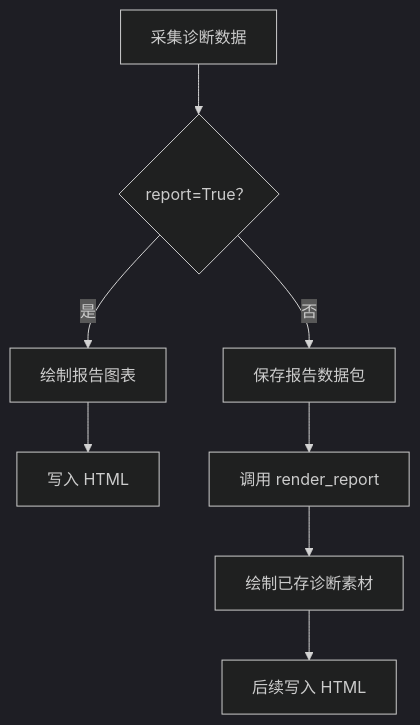
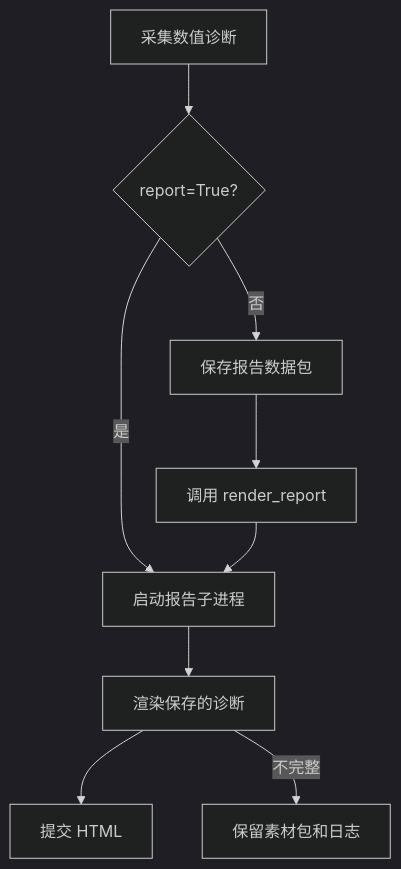
One commit to LeiGuo0812/eegproc changed diagram 11 of 13 in docs/zh-CN/workflow.md. Above: the diagram before and after it, drawn with Mermaid (dark theme). The commit also changed other lines of this file and 39 other files, not shown here.

````diff
--- a/docs/zh-CN/workflow.md
+++ b/docs/zh-CN/workflow.md
@@ -302,12 +302,13 @@
 ```mermaid
 flowchart TB
-    accTitle: 即时与延迟报告交付
-    accDescr: 采集有限诊断素材后，立即绘制 HTML 或保存一个数据包以便后续生成。
-    collect_data["采集诊断数据"] --> report_enabled{"report=True？"}
-    report_enabled -->|是| draw_now["绘制报告图表"]
-    draw_now --> html_now["写入 HTML"]
+    accTitle: 隔离的即时与延迟报告
+    accDescr: 先采集数值诊断，在全新子进程中即时或后续渲染，报告不完整时保留恢复素材。
+    collect_data["采集数值诊断"] --> report_enabled{"report=True?"}
+    report_enabled -->|是| spawn["启动报告子进程"]
+    spawn --> draw["渲染保存的诊断"]
+    draw --> html["提交 HTML"]
     report_enabled -->|否| package["保存报告数据包"]
     package --> render_later["调用 render_report"]
-    render_later --> draw_later["绘制已存诊断素材"]
-    draw_later --> html_later["后续写入 HTML"]
+    render_later --> spawn
+    draw -->|不完整| recovery["保留素材包和日志"]
 ```
````
